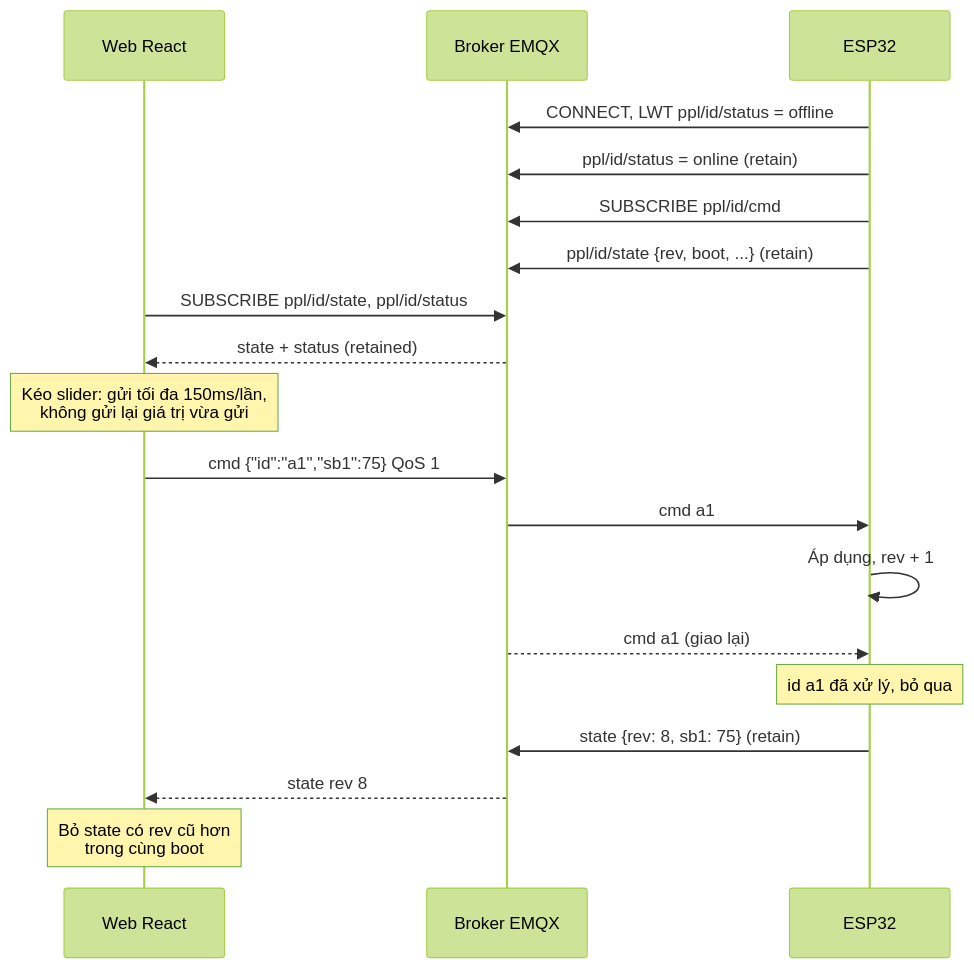
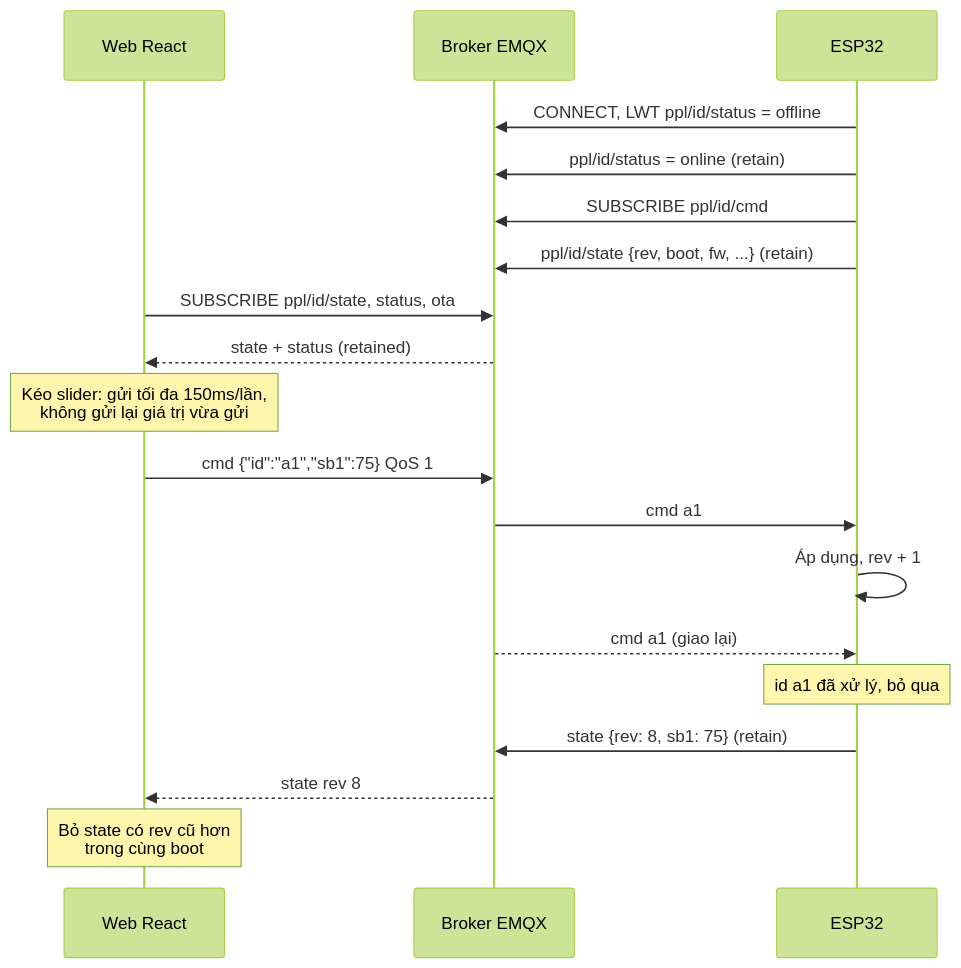
Before and after one commit to CoderFake/PingPongLauncher: the fourth of 5 diagrams in docs/diagrams.md, drawn with Mermaid (forest theme). The commit also changed other lines of this file, not shown here.

First line of the commit message:
Update diagrams with LCD, buzzer feedback and OTA flow

````diff
--- a/docs/diagrams.md
+++ b/docs/diagrams.md
@@ -90,21 +98,21 @@
 ```mermaid
 sequenceDiagram
   participant W as Web React
   participant B as Broker EMQX
   participant E as ESP32
   E->>B: CONNECT, LWT ppl/id/status = offline
   E->>B: ppl/id/status = online (retain)
   E->>B: SUBSCRIBE ppl/id/cmd
-  E->>B: ppl/id/state {rev, boot, ...} (retain)
-  W->>B: SUBSCRIBE ppl/id/state, ppl/id/status
+  E->>B: ppl/id/state {rev, boot, fw, ...} (retain)
+  W->>B: SUBSCRIBE ppl/id/state, status, ota
   B-->>W: state + status (retained)
   Note over W: Kéo slider: gửi tối đa 150ms/lần,<br/>không gửi lại giá trị vừa gửi
   W->>B: cmd {"id":"a1","sb1":75} QoS 1
   B->>E: cmd a1
   E->>E: Áp dụng, rev + 1
   B-->>E: cmd a1 (giao lại)
   Note over E: id a1 đã xử lý, bỏ qua
   E->>B: state {rev: 8, sb1: 75} (retain)
   B-->>W: state rev 8
   Note over W: Bỏ state có rev cũ hơn<br/>trong cùng boot
 ```
````
